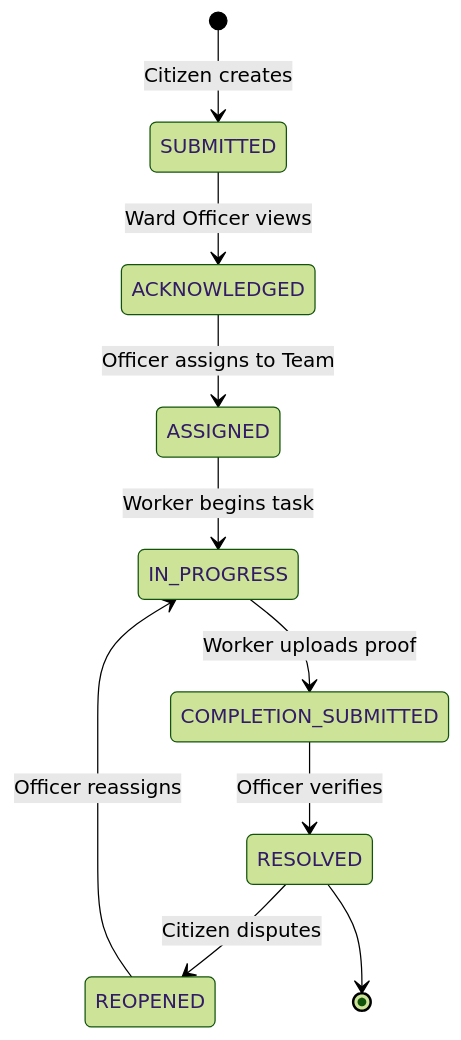
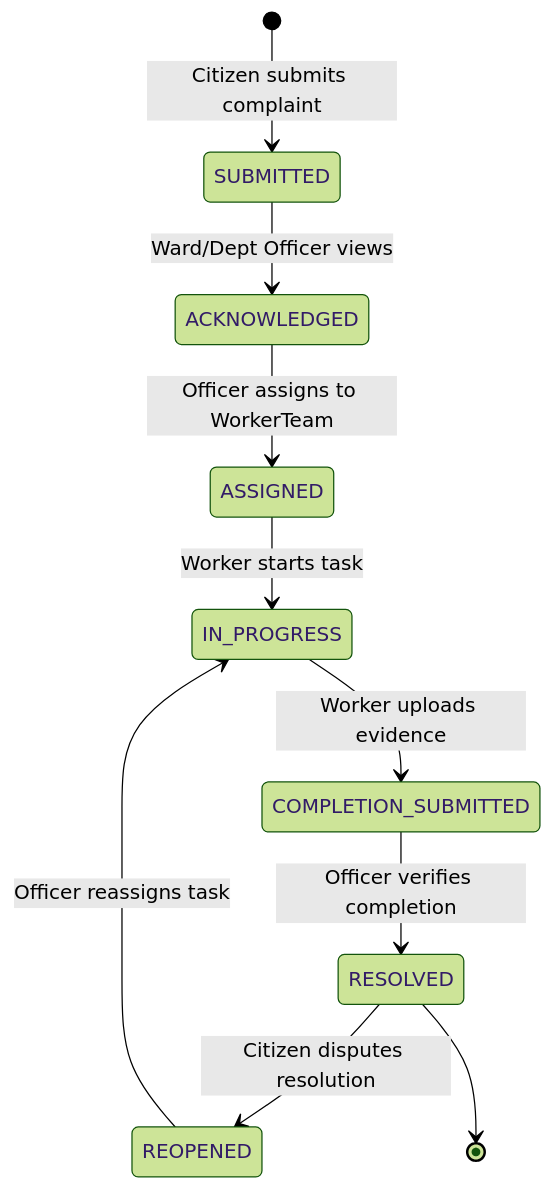
The third of 5 diagrams in README.md (kasimshah19/Smart-Municipal-Management-Platform), drawn with Mermaid (forest theme) before and after one commit. The commit also changed other lines of this file, not shown here.

````diff
--- a/README.md
+++ b/README.md
@@ -308,12 +412,12 @@
 ```mermaid
 stateDiagram-v2
-    [*] --> SUBMITTED : Citizen creates
-    SUBMITTED --> ACKNOWLEDGED : Ward Officer views
-    ACKNOWLEDGED --> ASSIGNED : Officer assigns to Team
-    ASSIGNED --> IN_PROGRESS : Worker begins task
-    IN_PROGRESS --> COMPLETION_SUBMITTED : Worker uploads proof
-    COMPLETION_SUBMITTED --> RESOLVED : Officer verifies
-    RESOLVED --> REOPENED : Citizen disputes
-    REOPENED --> IN_PROGRESS : Officer reassigns
+    [*] --> SUBMITTED : Citizen submits complaint
+    SUBMITTED --> ACKNOWLEDGED : Ward/Dept Officer views
+    ACKNOWLEDGED --> ASSIGNED : Officer assigns to WorkerTeam
+    ASSIGNED --> IN_PROGRESS : Worker starts task
+    IN_PROGRESS --> COMPLETION_SUBMITTED : Worker uploads evidence
+    COMPLETION_SUBMITTED --> RESOLVED : Officer verifies completion
+    RESOLVED --> REOPENED : Citizen disputes resolution
+    REOPENED --> IN_PROGRESS : Officer reassigns task
     RESOLVED --> [*]
 ```
````
